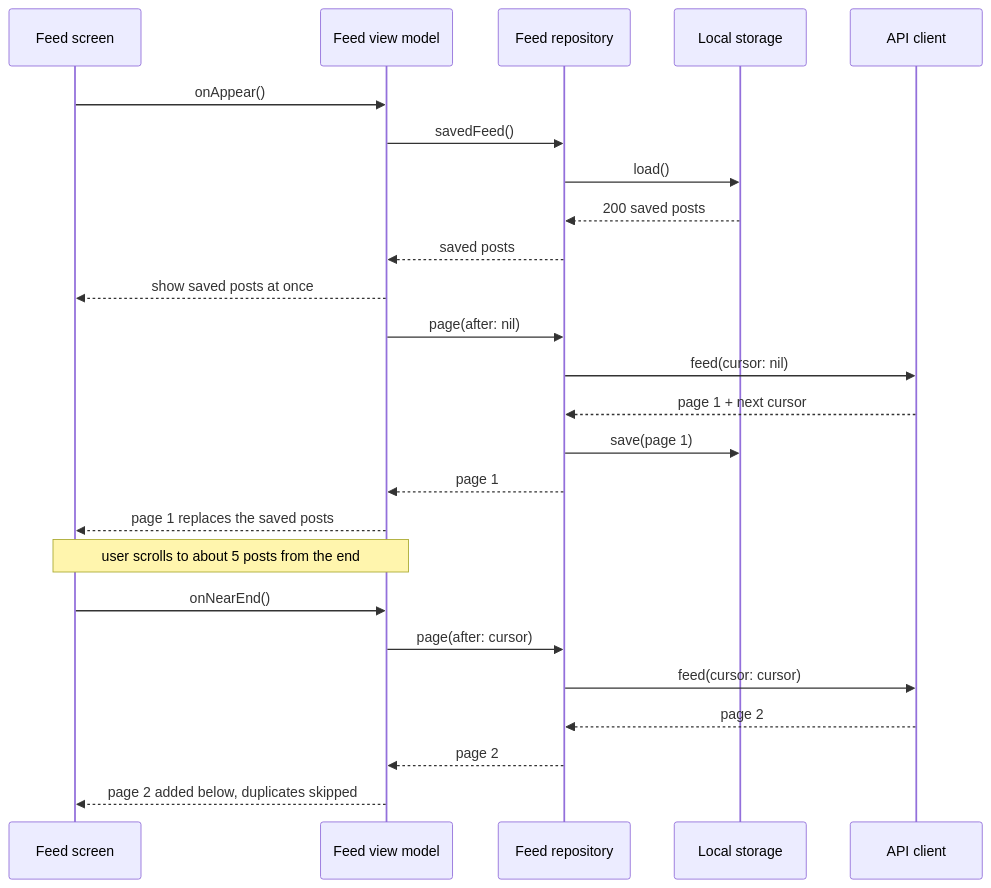
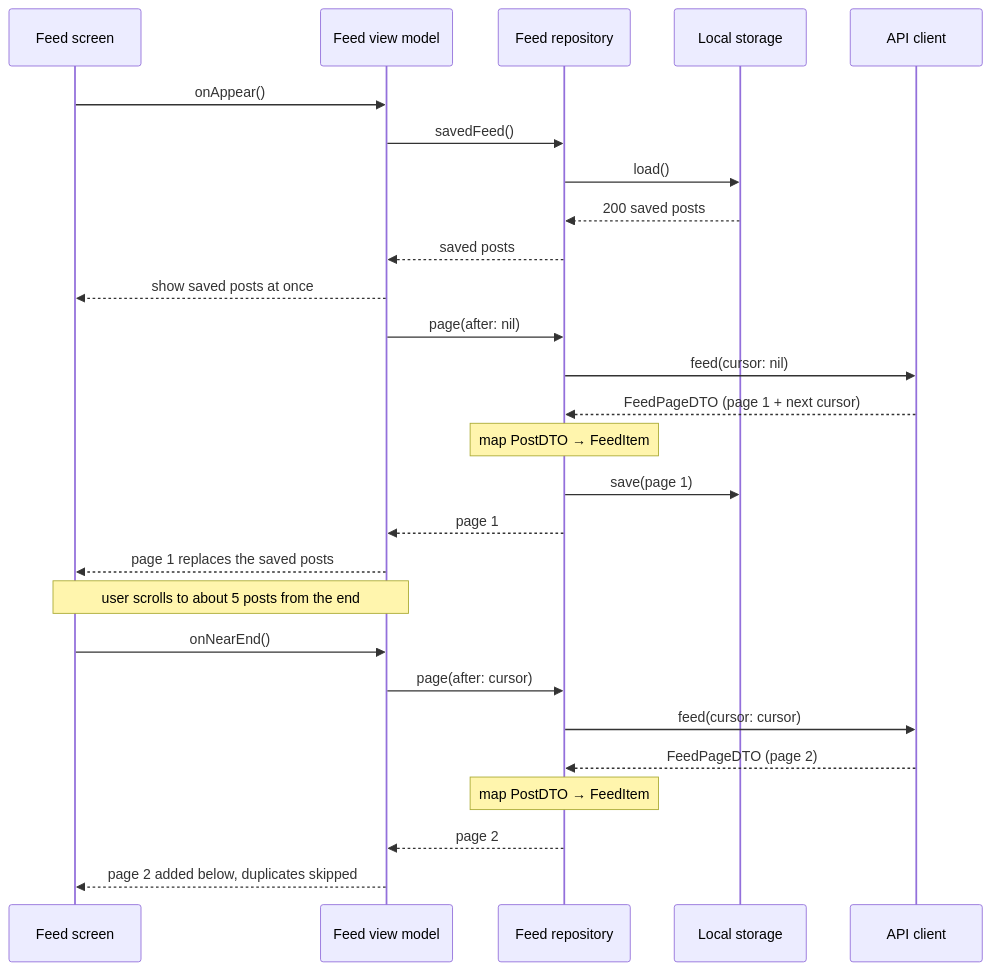
Before and after one commit to rezabina86/reference-desk: the second of 3 diagrams in topics/system-design/02-infinite-photo-feed.md, drawn with Mermaid. The commit also changed other lines of this file and 5 other files, not shown here.

````diff
--- a/topics/system-design/02-infinite-photo-feed.md
+++ b/topics/system-design/02-infinite-photo-feed.md
@@ -357,27 +394,29 @@
 ```mermaid
 sequenceDiagram
   participant V as Feed screen
   participant VM as Feed view model
   participant R as Feed repository
   participant S as Local storage
   participant A as API client
   V->>VM: onAppear()
   VM->>R: savedFeed()
   R->>S: load()
   S-->>R: 200 saved posts
   R-->>VM: saved posts
   VM-->>V: show saved posts at once
   VM->>R: page(after: nil)
   R->>A: feed(cursor: nil)
-  A-->>R: page 1 + next cursor
+  A-->>R: FeedPageDTO (page 1 + next cursor)
+  Note over R: map PostDTO → FeedItem
   R->>S: save(page 1)
   R-->>VM: page 1
   VM-->>V: page 1 replaces the saved posts
   Note over V,VM: user scrolls to about 5 posts from the end
   V->>VM: onNearEnd()
   VM->>R: page(after: cursor)
   R->>A: feed(cursor: cursor)
-  A-->>R: page 2
+  A-->>R: FeedPageDTO (page 2)
+  Note over R: map PostDTO → FeedItem
   R-->>VM: page 2
   VM-->>V: page 2 added below, duplicates skipped
 ```
````
